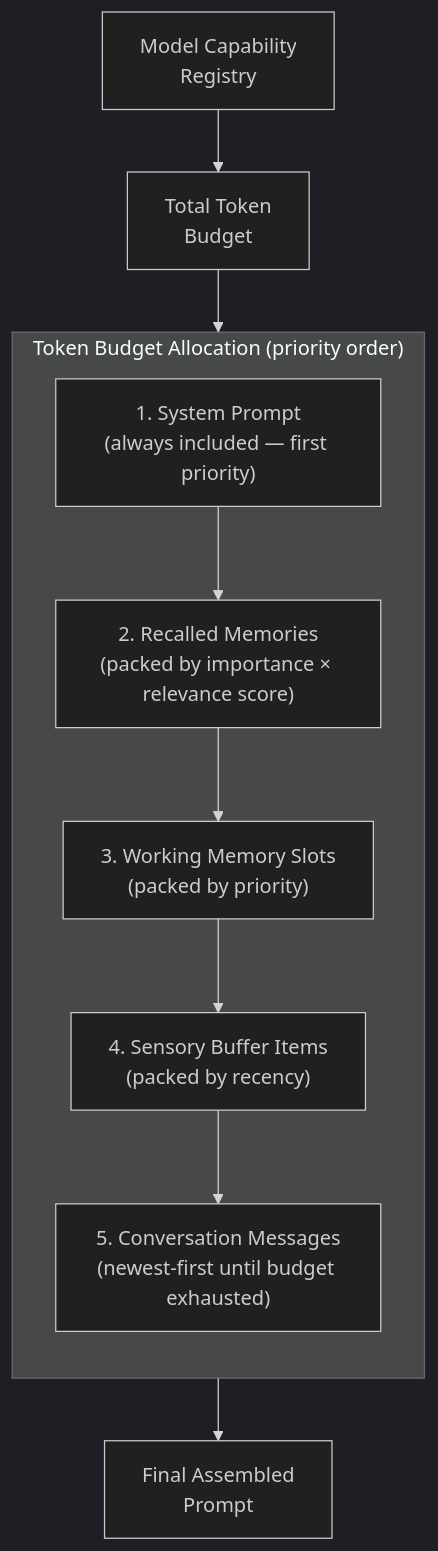
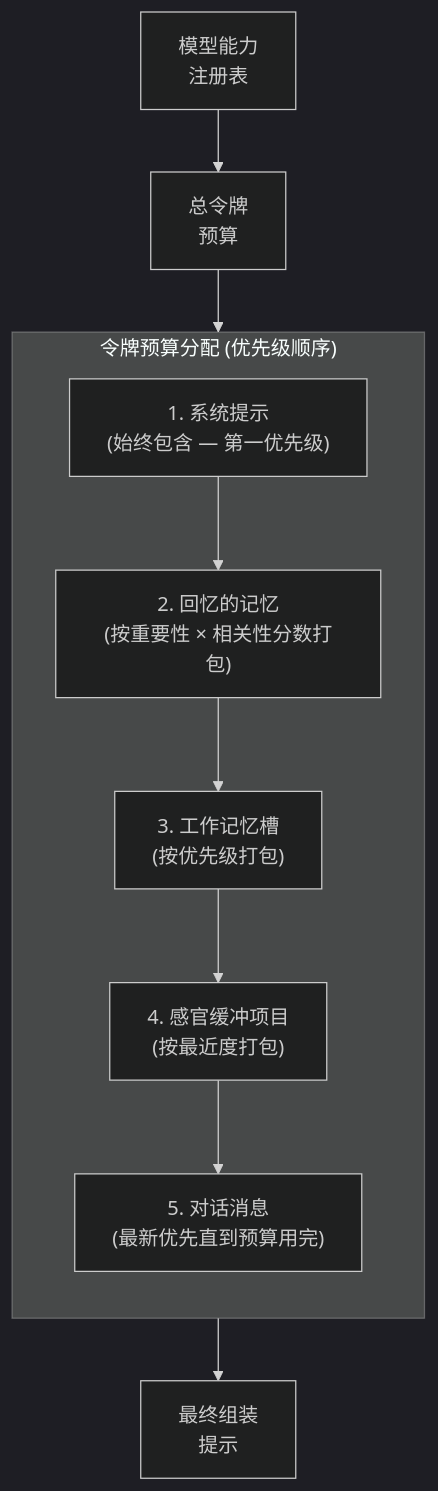
Before and after one commit to WeiLinCool/openpawz: diagram 12 of 20 in docs/research/zh/engram.md, drawn with Mermaid (dark theme). The commit also changed other lines of this file and 7 other files, not shown here.

````diff
--- a/docs/research/zh/engram.md
+++ b/docs/research/zh/engram.md
@@ -951,16 +951,16 @@
 ```mermaid
 flowchart TD
-    subgraph Budget["Token Budget Allocation (priority order)"]
+    subgraph Budget["令牌预算分配 (优先级顺序)"]
         direction TB
-        P1["1. System Prompt\n(always included — first priority)"]
-        P1 --> P2["2. Recalled Memories\n(packed by importance × relevance score)"]
-        P2 --> P3["3. Working Memory Slots\n(packed by priority)"]
-        P3 --> P4["4. Sensory Buffer Items\n(packed by recency)"]
-        P4 --> P5["5. Conversation Messages\n(newest-first until budget exhausted)"]
+        P1["1. 系统提示\n(始终包含 — 第一优先级)"]
+        P1 --> P2["2. 回忆的记忆\n(按重要性 × 相关性分数打包)"]
+        P2 --> P3["3. 工作记忆槽\n(按优先级打包)"]
+        P3 --> P4["4. 感官缓冲项目\n(按最近度打包)"]
+        P4 --> P5["5. 对话消息\n(最新优先直到预算用完)"]
     end
 
-    MODEL["Model Capability\nRegistry"] --> BUDGET["Total Token\nBudget"]
+    MODEL["模型能力\n注册表"] --> BUDGET["总令牌\n预算"]
     BUDGET --> Budget
-    Budget --> PROMPT["Final Assembled\nPrompt"]
+    Budget --> PROMPT["最终组装\n提示"]
 
 ```
````
